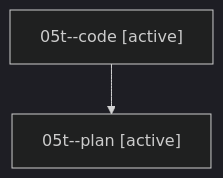
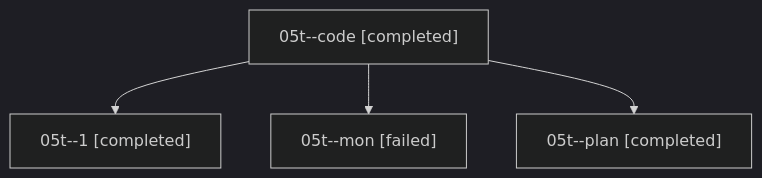
Before and after one commit to sase-org/sase--agents: the diagram in families/bbugyi200.athena.05t.md, drawn with Mermaid (dark theme). The commit also changed other lines of this file and 165 other files, not shown here.

````diff
--- a/families/bbugyi200.athena.05t.md
+++ b/families/bbugyi200.athena.05t.md
@@ -9,6 +9,10 @@
 ```mermaid
 flowchart TD
-  n0["05t--code [active]"]
-  n1["05t--plan [active]"]
+  n0["05t--code [completed]"]
+  n1["05t--1 [completed]"]
   n0 --> n1
+  n2["05t--mon [failed]"]
+  n0 --> n2
+  n3["05t--plan [completed]"]
+  n0 --> n3
 ```
````
